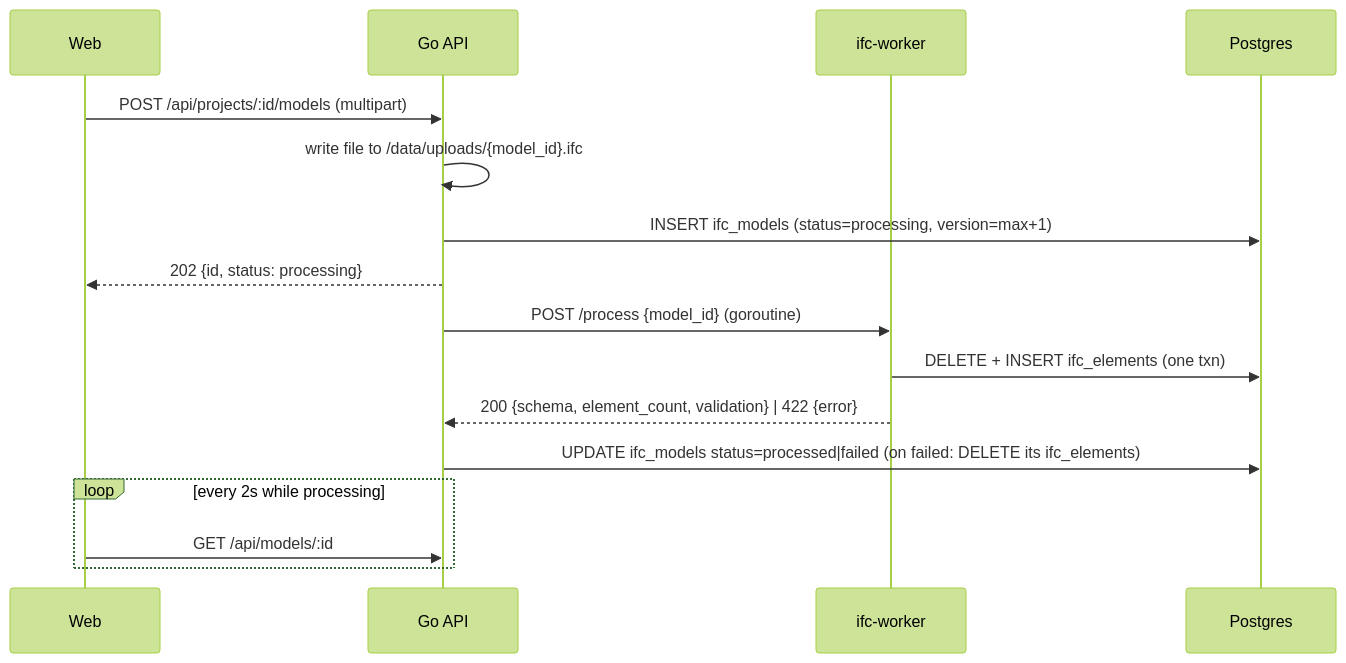
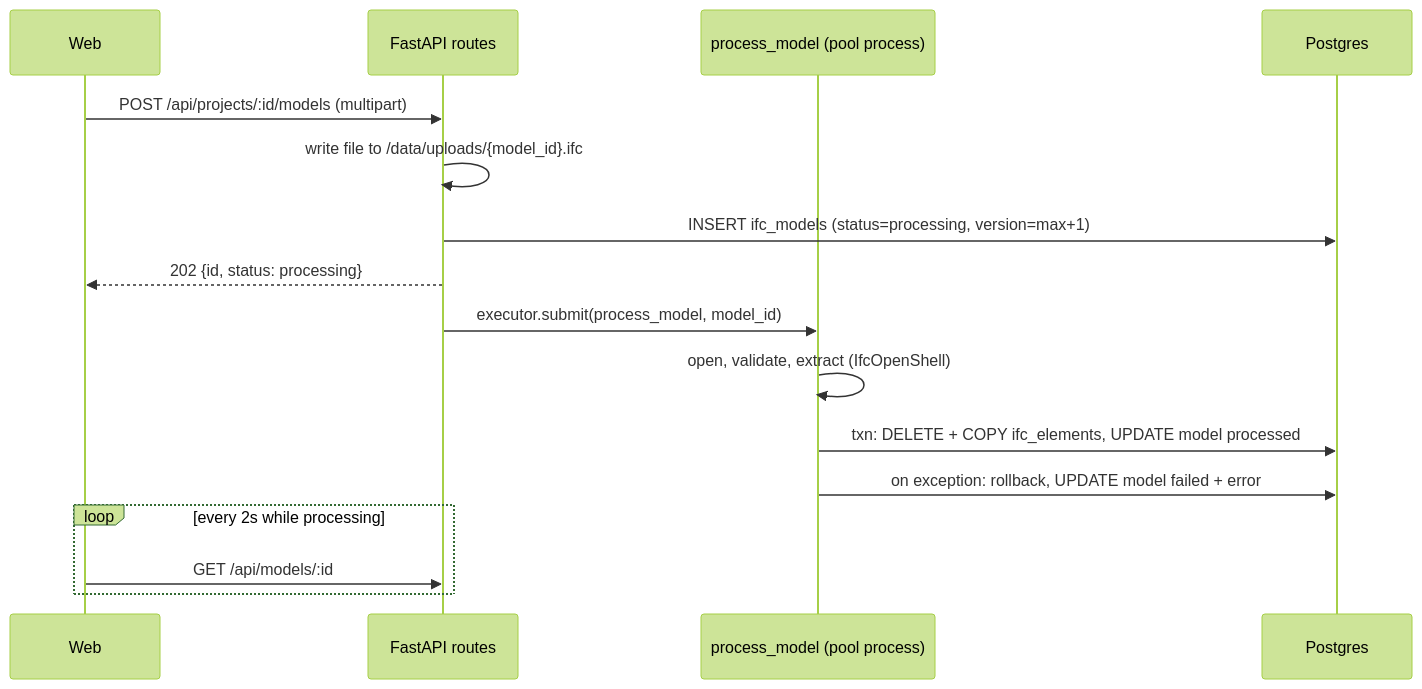
One commit to tony-dev-coam/mep-tracking changed the second of 2 diagrams in docs/ai/design/2026-10-01-feature-ifc-ingest.md. Above: the diagram before and after it, drawn with Mermaid (forest theme). The commit also changed other lines of this file and 3 other files, not shown here.

First line of the commit message:
docs(ifc-ingest): switch backend to single Python FastAPI service

````diff
--- a/docs/ai/design/2026-10-01-feature-ifc-ingest.md
+++ b/docs/ai/design/2026-10-01-feature-ifc-ingest.md
@@ -23,18 +26,18 @@
 ```mermaid
 sequenceDiagram
   participant W as Web
-  participant A as Go API
-  participant P as ifc-worker
+  participant A as FastAPI routes
+  participant P as process_model (pool process)
   participant D as Postgres
   W->>A: POST /api/projects/:id/models (multipart)
   A->>A: write file to /data/uploads/{model_id}.ifc
   A->>D: INSERT ifc_models (status=processing, version=max+1)
   A-->>W: 202 {id, status: processing}
-  A->>P: POST /process {model_id} (goroutine)
-  P->>D: DELETE + INSERT ifc_elements (one txn)
-  P-->>A: 200 {schema, element_count, validation} | 422 {error}
-  A->>D: UPDATE ifc_models status=processed|failed (on failed: DELETE its ifc_elements)
+  A->>P: executor.submit(process_model, model_id)
+  P->>P: open, validate, extract (IfcOpenShell)
+  P->>D: txn: DELETE + COPY ifc_elements, UPDATE model processed
+  P->>D: on exception: rollback, UPDATE model failed + error
   loop every 2s while processing
     W->>A: GET /api/models/:id
   end
 ```
````
